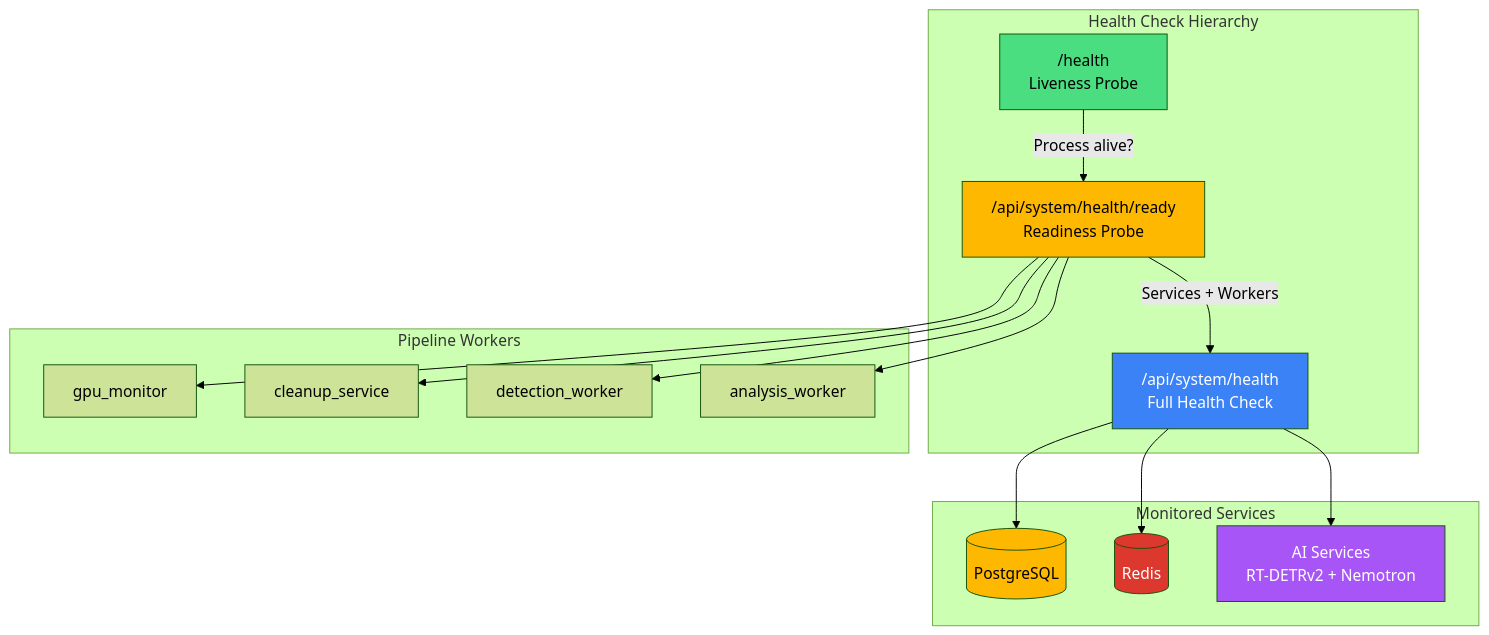
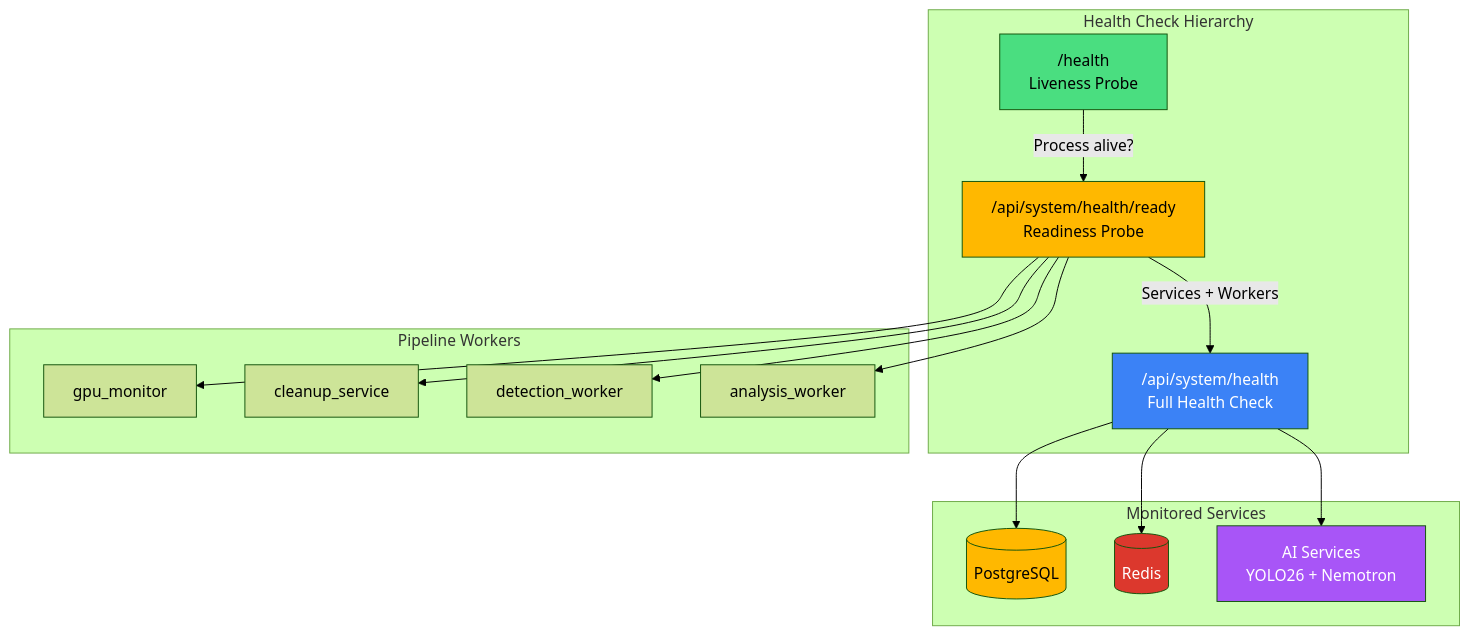
One commit to mikesvoboda/nemotron-v3-home-security-intelligence changed the first of 5 diagrams in docs/developer/api/system-ops.md. Above: the diagram before and after it, drawn with Mermaid (forest theme). The commit also changed other lines of this file and 474 other files, not shown here.

````diff
--- a/docs/developer/api/system-ops.md
+++ b/docs/developer/api/system-ops.md
@@ -14,38 +14,38 @@
 ```mermaid
 flowchart TB
     subgraph HealthChecks["Health Check Hierarchy"]
         LIVE["/health<br/>Liveness Probe"]
         READY["/api/system/health/ready<br/>Readiness Probe"]
         FULL["/api/system/health<br/>Full Health Check"]
     end
 
     subgraph Services["Monitored Services"]
         DB[(PostgreSQL)]
         REDIS[(Redis)]
-        AI[AI Services<br/>RT-DETRv2 + Nemotron]
+        AI[AI Services<br/>YOLO26 + Nemotron]
     end
 
     subgraph Workers["Pipeline Workers"]
         GPU[gpu_monitor]
         CLEAN[cleanup_service]
         DET[detection_worker]
         ANAL[analysis_worker]
     end
 
     LIVE -->|"Process alive?"| READY
     READY -->|"Services + Workers"| FULL
     FULL --> DB
     FULL --> REDIS
     FULL --> AI
     READY --> GPU
     READY --> CLEAN
     READY --> DET
     READY --> ANAL
 
     style LIVE fill:#4ADE80,color:#000
     style READY fill:#FFB800,color:#000
     style FULL fill:#3B82F6,color:#fff
     style DB fill:#FFB800,color:#000
     style REDIS fill:#DC382D,color:#fff
     style AI fill:#A855F7,color:#fff
 ```
````
